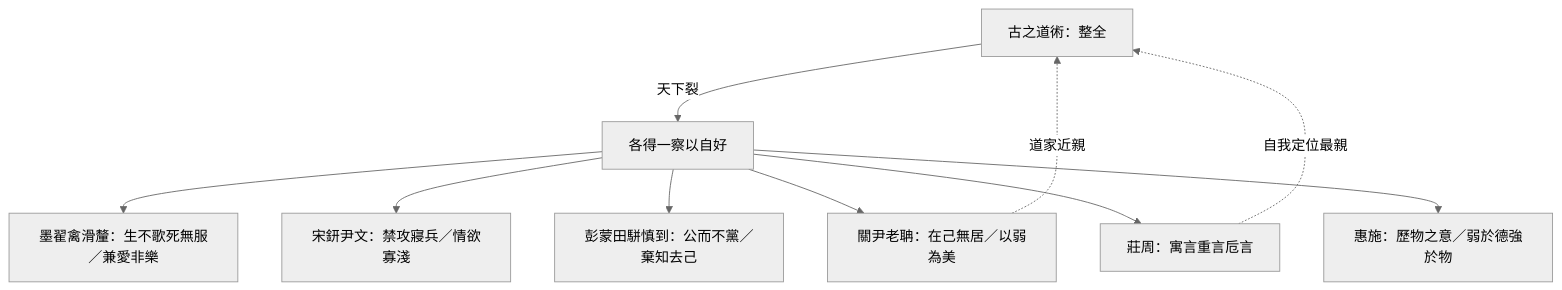
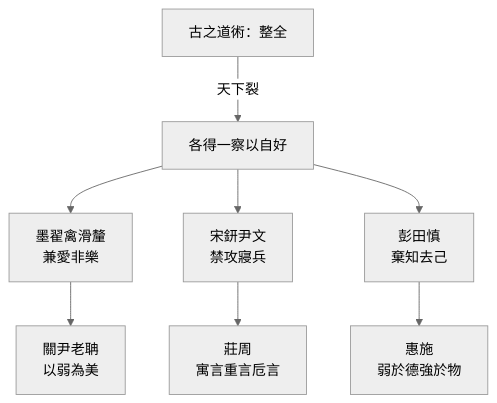
The first of 2 diagrams in content/chapters/03-雜篇/33-天下.md (show0621/zhuangzi-atlas), drawn with Mermaid (neutral theme) before and after one commit. The commit also changed 3 other files, not shown here.

First line of the commit message:
fix(print): 〈天下〉結構流程圖改兩排三校，放大可讀字級

````diff
--- a/content/chapters/03-雜篇/33-天下.md
+++ b/content/chapters/03-雜篇/33-天下.md
@@ -61,12 +61,11 @@
 ```mermaid
-flowchart TD
-  ALL[古之道術：整全] -->|天下裂| PART[各得一察以自好]
-  PART --> MO[墨翟禽滑釐：生不歌死無服／兼愛非樂]
-  PART --> SY[宋鈃尹文：禁攻寢兵／情欲寡淺]
-  PART --> PT[彭蒙田駢慎到：公而不黨／棄知去己]
-  PART --> LL[關尹老聃：在己無居／以弱為美]
-  PART --> ZZ[莊周：寓言重言卮言]
-  PART --> HS[惠施：歷物之意／弱於德強於物]
-  ZZ -.->|自我定位最親| ALL
-  LL -.->|道家近親| ALL
+flowchart TB
+  ALL["古之道術：整全"]
+  ALL -->|天下裂| PART["各得一察以自好"]
+  PART --> MO["墨翟禽滑釐<br/>兼愛非樂"]
+  PART --> SY["宋鈃尹文<br/>禁攻寢兵"]
+  PART --> PT["彭田慎<br/>棄知去己"]
+  MO --> LL["關尹老聃<br/>以弱為美"]
+  SY --> ZZ["莊周<br/>寓言重言卮言"]
+  PT --> HS["惠施<br/>弱於德強於物"]
 ```
````
